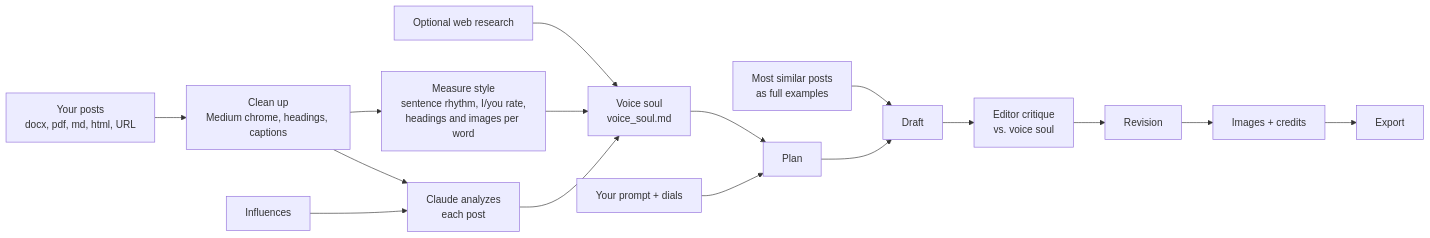
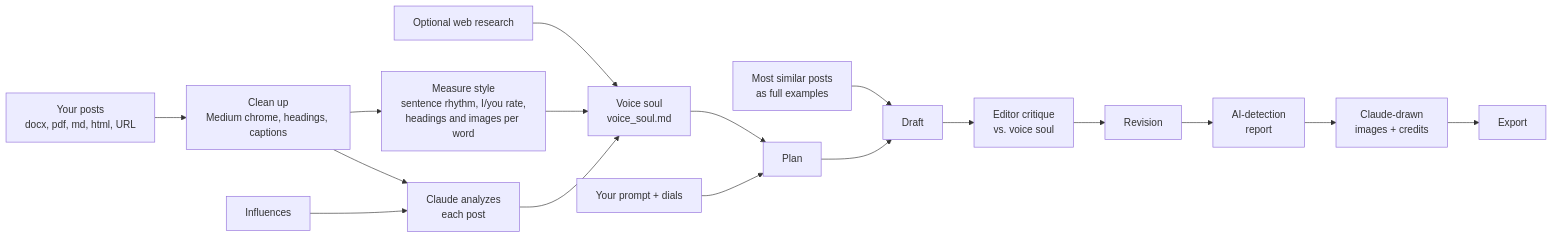
Before and after one commit to ThatShelbs/cc_technical_blogger: the diagram in README.md, drawn with Mermaid. The commit also changed other lines of this file and 78 other files, not shown here.

First line of the commit message:
Claude-only images, LinkedIn export, AI-detection report, persona versions

````diff
--- a/README.md
+++ b/README.md
@@ -79,18 +79,19 @@
 ```mermaid
 flowchart LR
   A[Your posts<br/>docx, pdf, md, html, URL] --> B[Clean up<br/>Medium chrome, headings, captions]
   B --> C[Measure style<br/>sentence rhythm, I/you rate,<br/>headings and images per word]
   B --> D[Claude analyzes<br/>each post]
   E[Influences] --> D
   F[Optional web research] --> G
   C --> G[Voice soul<br/>voice_soul.md]
   D --> G
   G --> H[Plan]
   I[Your prompt + dials] --> H
   J[Most similar posts<br/>as full examples] --> K
   H --> K[Draft]
   K --> L[Editor critique<br/>vs. voice soul]
   L --> M[Revision]
-  M --> N[Images + credits]
+  M --> Q[AI-detection<br/>report]
+  Q --> N[Claude-drawn<br/>images + credits]
   N --> O[Export]
 ```
````
